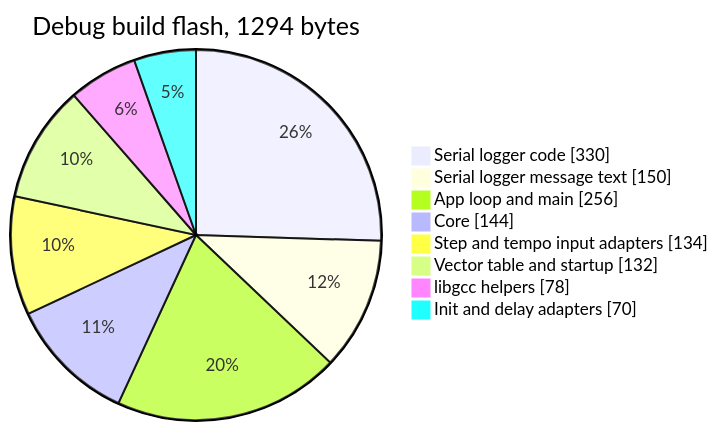
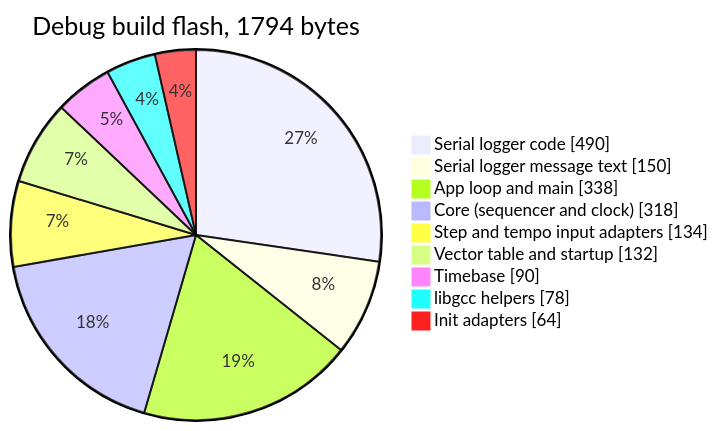
One commit to BonelessPig/nano_sequencer changed diagram 17 of 18 in docs/ARCHITECTURE.md. Above: the diagram before and after it, drawn with Mermaid. The commit also changed other lines of this file and 9 other files, not shown here.

````diff
--- a/docs/ARCHITECTURE.md
+++ b/docs/ARCHITECTURE.md
@@ -499,12 +559,13 @@
 ```mermaid
 pie showData
-    title Debug build flash, 1294 bytes
-    "Serial logger code" : 330
+    title Debug build flash, 1794 bytes
+    "Serial logger code" : 490
     "Serial logger message text" : 150
-    "App loop and main" : 256
-    "Core" : 144
+    "App loop and main" : 338
+    "Core (sequencer and clock)" : 318
     "Step and tempo input adapters" : 134
     "Vector table and startup" : 132
+    "Timebase" : 90
     "libgcc helpers" : 78
-    "Init and delay adapters" : 70
+    "Init adapters" : 64
 ```
````
